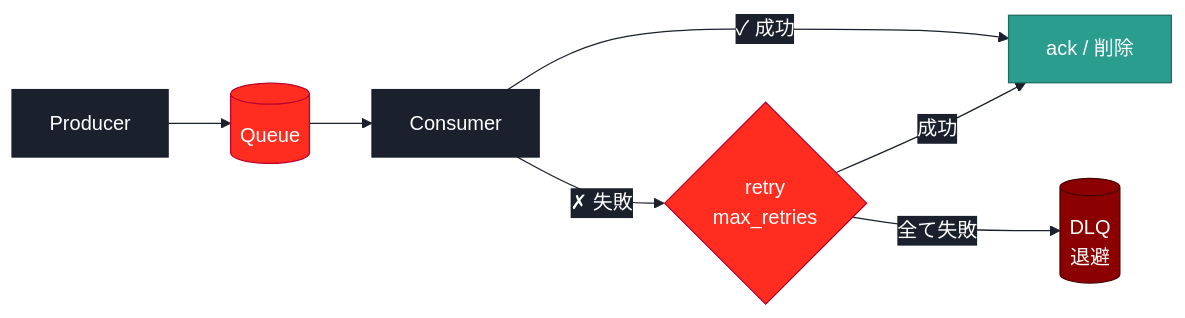
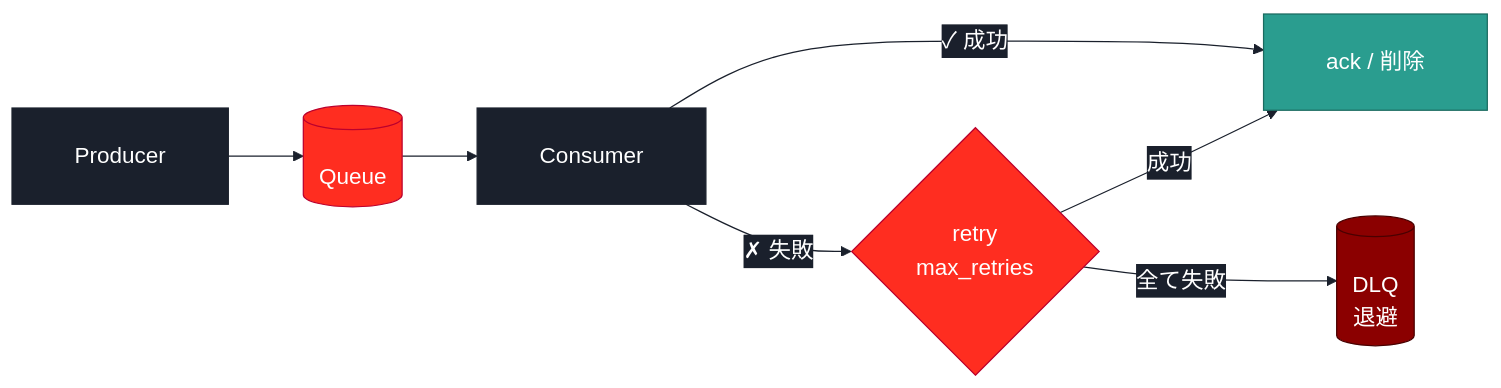
The diagram in slides/diagrams/dlq-flow.mmd (SuguruOoki/cloudflare-php-demo), drawn with Mermaid before and after one commit. The commit also changed 9 other files, not shown here.

```diff
--- a/slides/diagrams/dlq-flow.mmd
+++ b/slides/diagrams/dlq-flow.mmd
@@ -1,17 +1,17 @@
-%%{init: {'theme':'base','themeVariables':{'primaryColor':'#FF2D20','primaryTextColor':'#fff','primaryBorderColor':'#BC002D','lineColor':'#1A202C','secondaryColor':'#1A202C','tertiaryColor':'#fff','edgeLabelBackground':'#1A202C','fontFamily':'Hiragino Kaku Gothic ProN, Meiryo, sans-serif'}}}%%
+%%{init: {'theme':'base','flowchart':{'padding':25,'useMaxWidth':false,'htmlLabels':true,'nodeSpacing':60,'rankSpacing':60},'themeCSS':'.nodeLabel{padding:4px 14px !important;}.edgeLabel{padding:4px 10px !important;}foreignObject{overflow:visible !important;}.nodeLabel p{margin:0 !important;white-space:nowrap !important;}','themeVariables':{'primaryColor':'#FF2D20','primaryTextColor':'#fff','primaryBorderColor':'#BC002D','lineColor':'#1A202C','secondaryColor':'#1A202C','tertiaryColor':'#fff','edgeLabelBackground':'#1A202C','fontSize':'18px','fontFamily':'Hiragino Kaku Gothic ProN, Hiragino Sans, Meiryo, sans-serif'}}}%%
 flowchart LR
     P[Producer] --> Q[(Queue)]
     Q --> C[Consumer]
     C -->|✓ 成功| OK[ack / 削除]
     C -->|✗ 失敗| R{retry<br/>max_retries}
     R -->|成功| OK
     R -->|全て失敗| DLQ[(DLQ<br/>退避)]
 
     classDef q fill:#FF2D20,stroke:#BC002D,color:#fff
     classDef ok fill:#2a9d8f,stroke:#1b6b60,color:#fff
     classDef fail fill:#8B0000,stroke:#4a0000,color:#fff
     classDef actor fill:#1A202C,stroke:#1A202C,color:#fff
     class Q q
     class OK ok
     class DLQ fail
     class P,C actor
```
